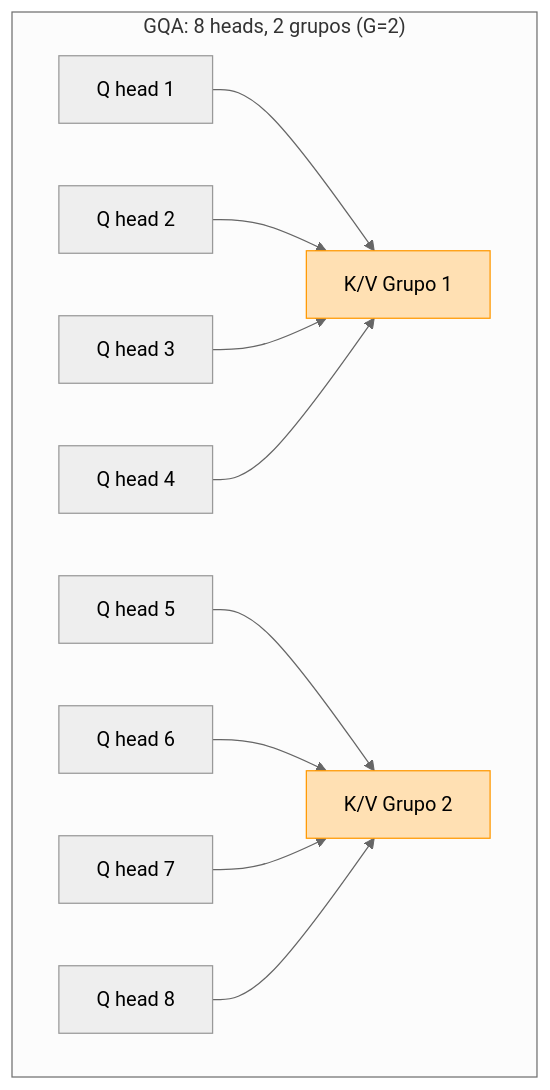
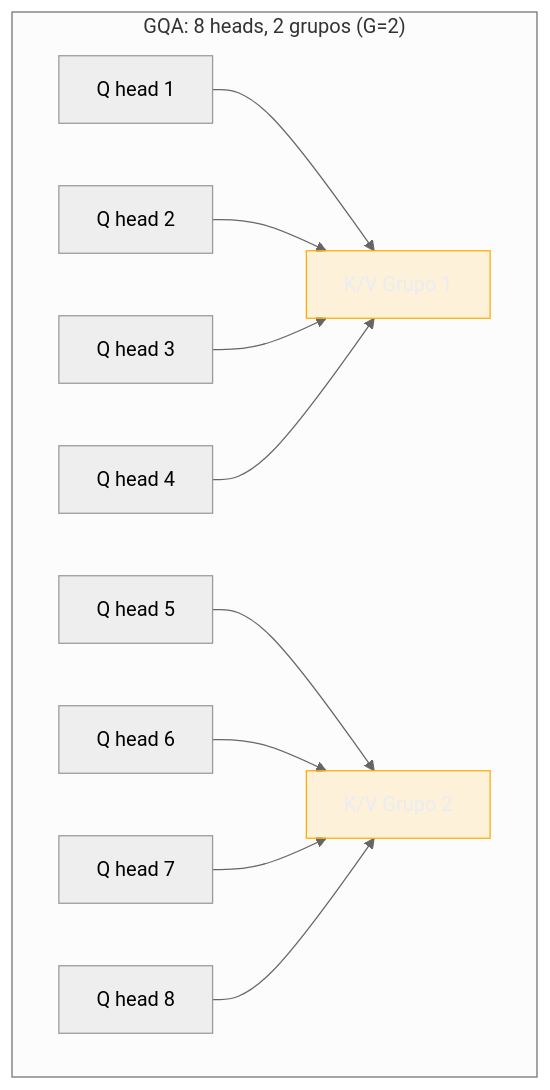
The third of 5 diagrams in 03-Dominios/Tecnologia/IA/Anatomia dos LLMs/04b - Encolhendo o KV cache — MHA, MQA, GQA, MLA.md (josenaldo/codex-technomanticus), drawn with Mermaid (neutral theme) before and after one commit. The commit also changed other lines of this file and 1181 other files, not shown here.

First line of the commit message:
fix(diagramas): paleta do sistema no lugar de cor cravada no markdown

````diff
--- a/03-Dominios/Tecnologia/IA/Anatomia dos LLMs/04b - Encolhendo o KV cache — MHA, MQA, GQA, MLA.md
+++ b/03-Dominios/Tecnologia/IA/Anatomia dos LLMs/04b - Encolhendo o KV cache — MHA, MQA, GQA, MLA.md
@@ -113,17 +118,18 @@
 ```mermaid
 graph TD
+    classDef destaque fill:#FFAA0024,stroke:#FFAA00,color:#E9ECF2
     subgraph "GQA: 8 heads, 2 grupos (G=2)"
         KV1["K/V Grupo 1"]
         KV2["K/V Grupo 2"]
         Q1["Q head 1"] --> KV1
         Q2["Q head 2"] --> KV1
         Q3["Q head 3"] --> KV1
         Q4["Q head 4"] --> KV1
         Q5["Q head 5"] --> KV2
         Q6["Q head 6"] --> KV2
         Q7["Q head 7"] --> KV2
         Q8["Q head 8"] --> KV2
     end
-    style KV1 fill:#ffe0b3,stroke:#ff9800
-    style KV2 fill:#ffe0b3,stroke:#ff9800
+    class KV1 destaque
+    class KV2 destaque
 ```
````
